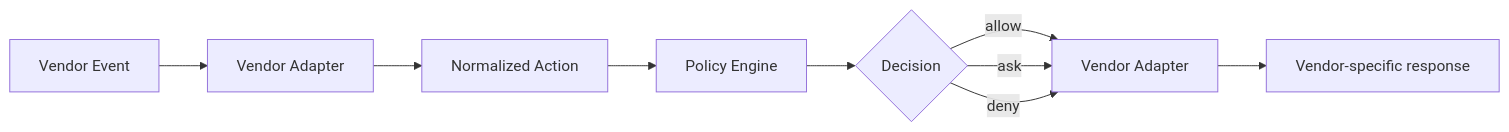
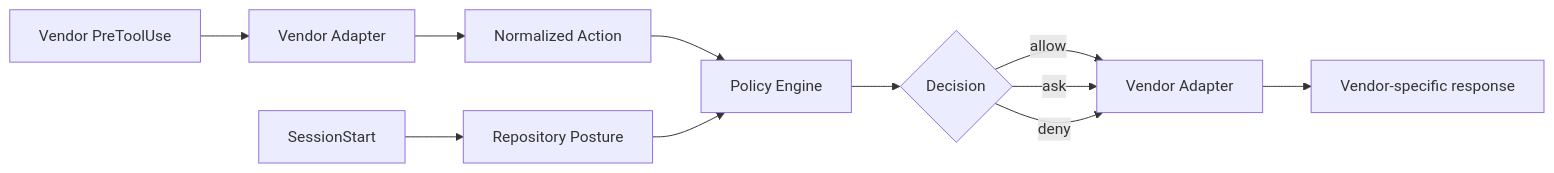
The first of 2 diagrams in AGENTS.md (tomo-chan/agent-harness), drawn with Mermaid before and after one commit. The commit also changed other lines of this file, not shown here.

Commit message:
docs: align AGENTS.md with posture-aware simple architecture

````diff
--- a/AGENTS.md
+++ b/AGENTS.md
@@ -43,11 +48,13 @@
 ```mermaid
 flowchart LR
-    V[Vendor Event] --> A1[Vendor Adapter]
+    SS[SessionStart] --> RP[Repository Posture]
+    V[Vendor PreToolUse] --> A1[Vendor Adapter]
     A1 --> N[Normalized Action]
     N --> P[Policy Engine]
+    RP --> P
     P --> D{Decision}
     D -->|allow| A2[Vendor Adapter]
     D -->|ask| A2
     D -->|deny| A2
     A2 --> R[Vendor-specific response]
 ```
````
